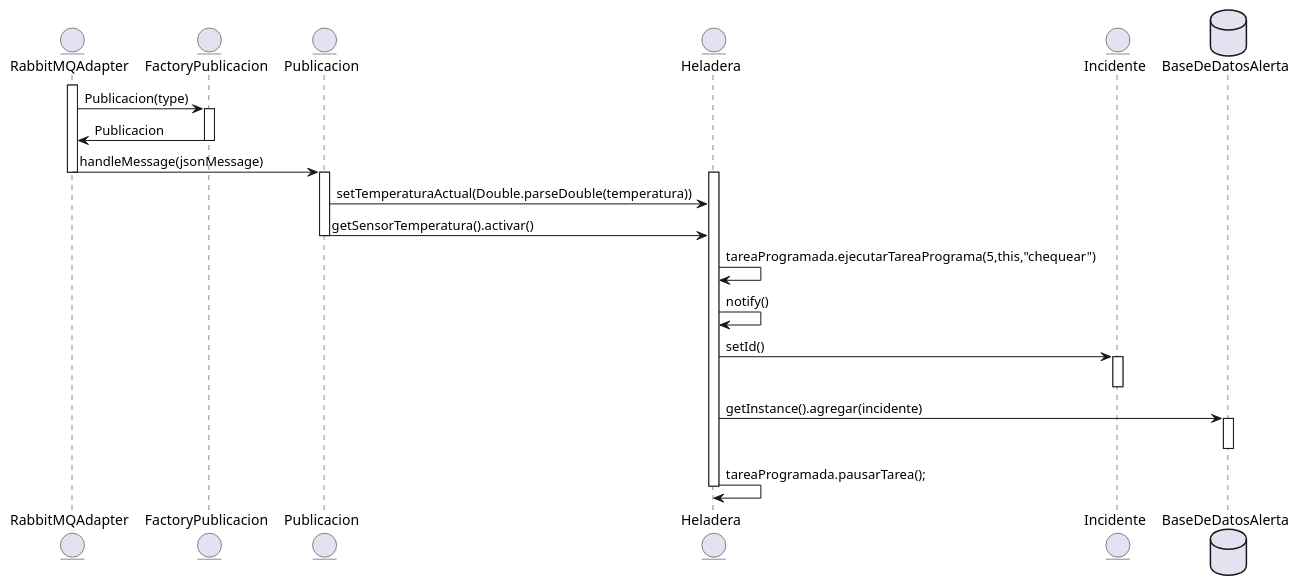
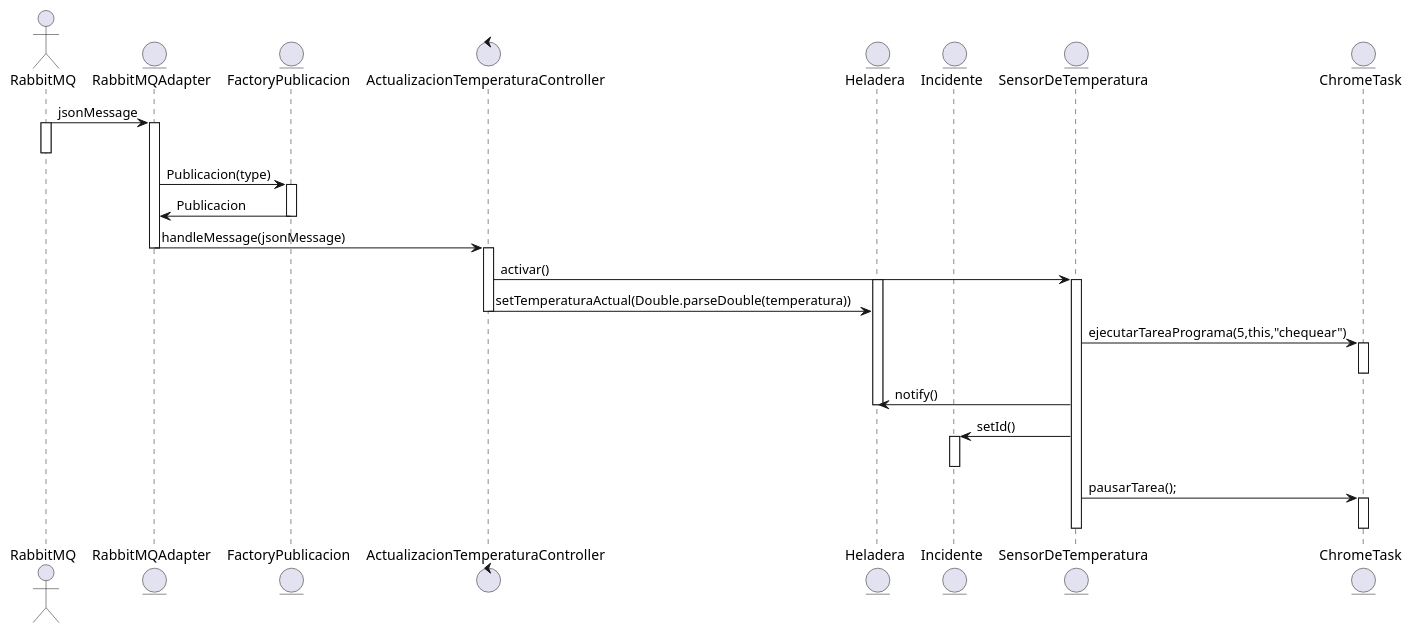
One commit to JBDelupi/TPs---DDS changed the diagram in UMLs/sensores/sensorTemperatura.puml. Above: the diagram before and after it, drawn with PlantUML.

Commit message:
UML: Sensor de Temperatura - avances

```diff
--- a/UMLs/sensores/sensorTemperatura.puml
+++ b/UMLs/sensores/sensorTemperatura.puml
@@ -1,34 +1,42 @@
 @startuml Sensor de Temperatura - Actualizacion de Temperatura
+
+actor RabbitMQ
 
 entity RabbitMQAdapter
 entity FactoryPublicacion
-entity Publicacion
+control ActualizacionTemperaturaController
 entity Heladera
 entity Incidente
+entity SensorDeTemperatura
+entity ChromeTask
 
-database BaseDeDatosAlerta
-
+RabbitMQ -> RabbitMQAdapter: jsonMessage
+activate RabbitMQ
+deactivate RabbitMQ
 activate RabbitMQAdapter
 RabbitMQAdapter -> FactoryPublicacion: Publicacion(type)
 activate FactoryPublicacion
 FactoryPublicacion -> RabbitMQAdapter: Publicacion
 deactivate FactoryPublicacion
-RabbitMQAdapter -> Publicacion: handleMessage(jsonMessage)
+RabbitMQAdapter -> ActualizacionTemperaturaController: handleMessage(jsonMessage)
 deactivate RabbitMQAdapter
-activate Publicacion
+activate ActualizacionTemperaturaController
+ActualizacionTemperaturaController -> SensorDeTemperatura: activar()
+activate SensorDeTemperatura
 activate Heladera
-Publicacion -> Heladera: setTemperaturaActual(Double.parseDouble(temperatura))
-Publicacion -> Heladera: getSensorTemperatura().activar()
-deactivate Publicacion
-Heladera -> Heladera: tareaProgramada.ejecutarTareaPrograma(5,this,"chequear")
-Heladera -> Heladera: notify()
-Heladera -> Incidente: setId()
+ActualizacionTemperaturaController -> Heladera: setTemperaturaActual(Double.parseDouble(temperatura))
+deactivate ActualizacionTemperaturaController
+SensorDeTemperatura -> ChromeTask: ejecutarTareaPrograma(5,this,"chequear")
+activate ChromeTask
+deactivate ChromeTask
+SensorDeTemperatura -> Heladera: notify()
+deactivate Heladera
+SensorDeTemperatura -> Incidente: setId()
 activate Incidente
 deactivate Incidente
-Heladera -> BaseDeDatosAlerta: getInstance().agregar(incidente)
-activate BaseDeDatosAlerta
-deactivate BaseDeDatosAlerta
-Heladera -> Heladera: tareaProgramada.pausarTarea();
-deactivate Heladera
+SensorDeTemperatura -> ChromeTask: pausarTarea();
+activate ChromeTask
+deactivate ChromeTask
+deactivate SensorDeTemperatura
 
 @enduml
```
